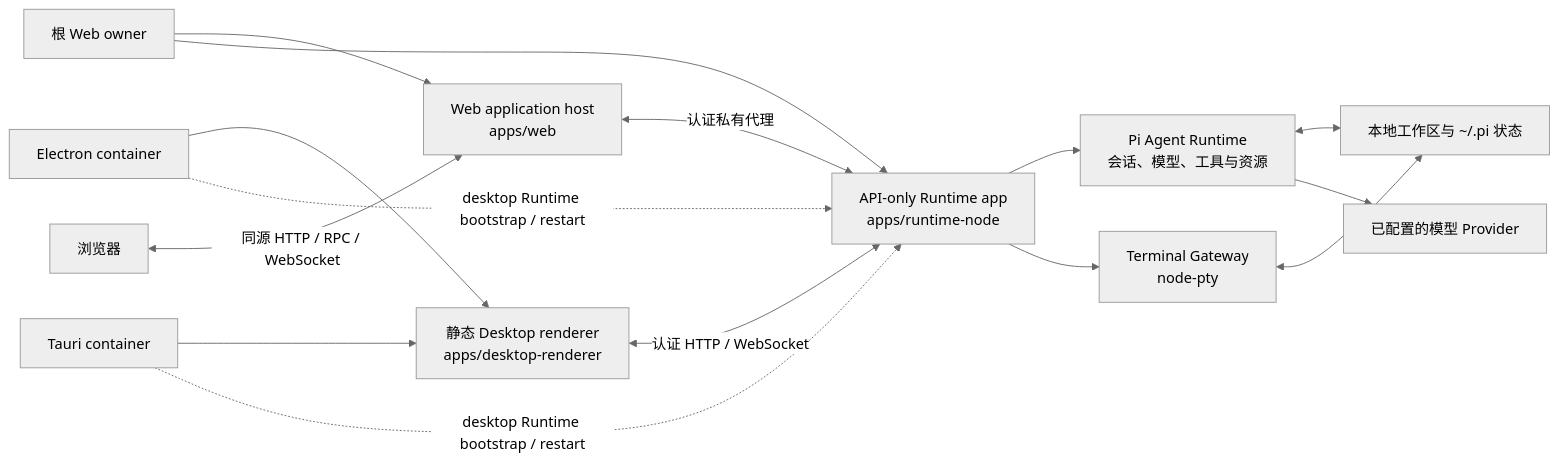
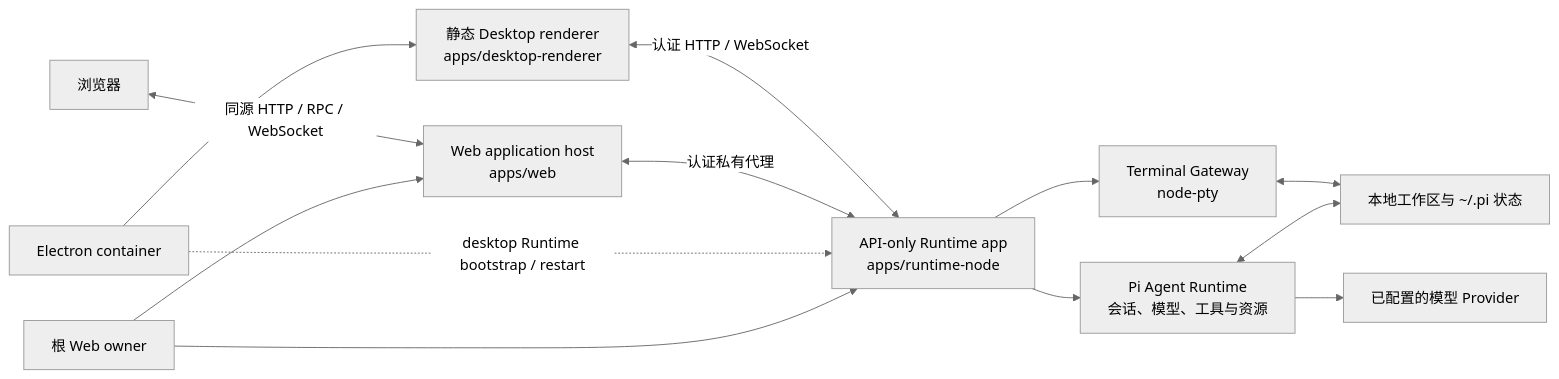
The diagram in README.zh-CN.md (yyy0107/pi-workbench), drawn with Mermaid (neutral theme) before and after one commit. The commit also changed other lines of this file and 17 other files, not shown here.

````diff
--- a/README.zh-CN.md
+++ b/README.zh-CN.md
@@ -285,29 +254,26 @@
 ```mermaid
 flowchart LR
   owner["根 Web owner"]
   browser["浏览器"]
   web["Web application host<br/>apps/web"]
   desktop["静态 Desktop renderer<br/>apps/desktop-renderer"]
   electron["Electron container"]
-  tauri["Tauri container"]
   runtime["API-only Runtime app<br/>apps/runtime-node"]
   pi["Pi Agent Runtime<br/>会话、模型、工具与资源"]
   terminal["Terminal Gateway<br/>node-pty"]
   local["本地工作区与 ~/.pi 状态"]
   providers["已配置的模型 Provider"]
 
   owner --> web
   owner --> runtime
   browser <-->|"同源 HTTP / RPC / WebSocket"| web
   electron --> desktop
-  tauri --> desktop
   electron -.->|"desktop Runtime bootstrap / restart"| runtime
-  tauri -.->|"desktop Runtime bootstrap / restart"| runtime
   web <-->|"认证私有代理"| runtime
   desktop <-->|"认证 HTTP / WebSocket"| runtime
   runtime --> pi
   runtime --> terminal
   pi <--> local
   terminal <--> local
   pi --> providers
 ```
````
